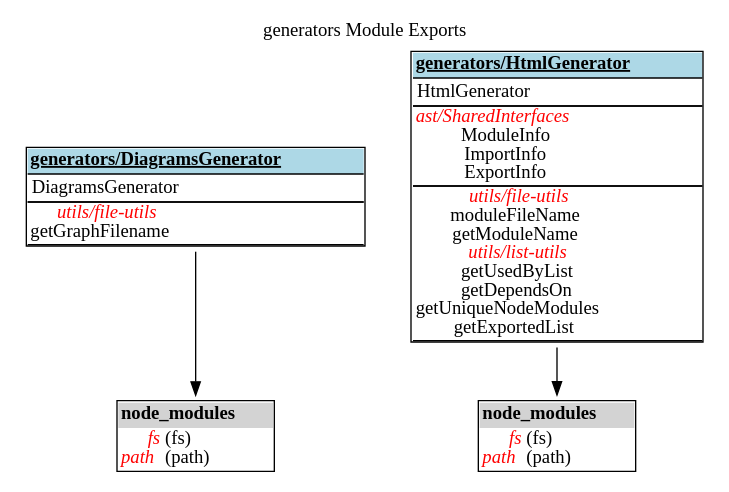
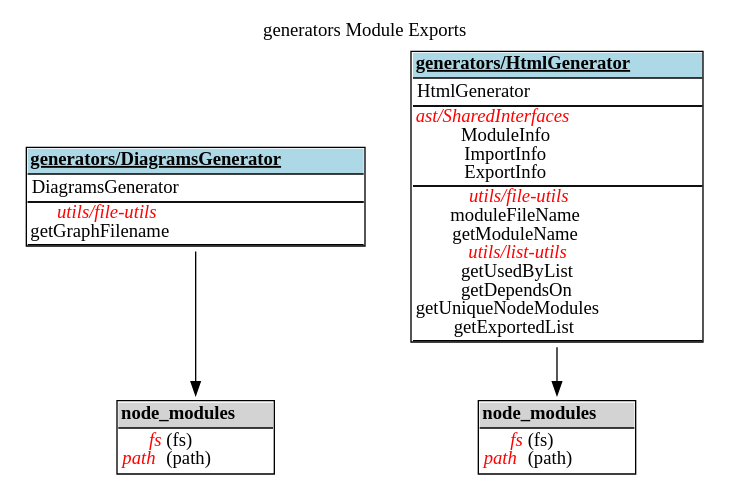
One commit to fleebe/GitHubPages changed the diagram in dep-graph-ts/generators_ExportGraph.dot. Above: the diagram before and after it, drawn with Graphviz. The commit also changed 17 other files, not shown here.

Commit message:
Update docs for dep-graph-ts from fleebe/dep-graph-ts workflow

```diff
--- a/dep-graph-ts/generators_ExportGraph.dot
+++ b/dep-graph-ts/generators_ExportGraph.dot
@@ -1,51 +1,51 @@
 digraph {label="generators Module Exports";
 labelloc="t";
 "generators/DiagramsGenerator" [shape=none, label=<<TABLE cellspacing="0" cellborder="0" align="left">
 <TR><TD bgcolor="lightblue" HREF="tsdocs\modules\generators_DiagramsGenerator.html" TARGET="_blank" align="center"><U><B>generators/DiagramsGenerator</B></U></TD></TR>
 <TR><TD BORDER="1" SIDES="TB" align="left">
 DiagramsGenerator<BR/>
 </TD></TR>
 <TR><TD BORDER="1" SIDES="TB" cellpadding="1" align="left">
 <font color="red"><I>utils/file-utils</I></font><BR/>
 getGraphFilename<BR/>
 </TD></TR>
 </TABLE>>];
 "generators/DiagramsGenerator-node_modules" [shape=none, label=<<TABLE cellspacing="0" cellborder="0" align="left">
 <TR><TD bgcolor="lightgrey" align="center"><B>node_modules</B></TD></TR>
-<TR><TD align="left">
+<TR><TD BORDER="1" SIDES="T" align="left">
 <font color="red"><I>fs</I></font> (fs)<BR/>
 <font color="red"><I>path</I></font> (path)<BR/>
 </TD></TR>
 </TABLE>>];
 "generators/DiagramsGenerator"->"generators/DiagramsGenerator-node_modules";
 "generators/HtmlGenerator" [shape=none, label=<<TABLE cellspacing="0" cellborder="0" align="left">
 <TR><TD bgcolor="lightblue" HREF="tsdocs\modules\generators_HtmlGenerator.html" TARGET="_blank" align="center"><U><B>generators/HtmlGenerator</B></U></TD></TR>
 <TR><TD BORDER="1" SIDES="TB" align="left">
 HtmlGenerator<BR/>
 </TD></TR>
 <TR><TD BORDER="1" SIDES="TB" cellpadding="1" align="left">
 <font color="red"><I>ast/SharedInterfaces</I></font><BR/>
 ModuleInfo<BR/>
 ImportInfo<BR/>
 ExportInfo<BR/>
 </TD></TR>
 <TR><TD BORDER="1" SIDES="TB" cellpadding="1" align="left">
 <font color="red"><I>utils/file-utils</I></font><BR/>
 moduleFileName<BR/>
 getModuleName<BR/>
 <font color="red"><I>utils/list-utils</I></font><BR/>
 getUsedByList<BR/>
 getDependsOn<BR/>
 getUniqueNodeModules<BR/>
 getExportedList<BR/>
 </TD></TR>
 </TABLE>>];
 "generators/HtmlGenerator-node_modules" [shape=none, label=<<TABLE cellspacing="0" cellborder="0" align="left">
 <TR><TD bgcolor="lightgrey" align="center"><B>node_modules</B></TD></TR>
-<TR><TD align="left">
+<TR><TD BORDER="1" SIDES="T" align="left">
 <font color="red"><I>fs</I></font> (fs)<BR/>
 <font color="red"><I>path</I></font> (path)<BR/>
 </TD></TR>
 </TABLE>>];
 "generators/HtmlGenerator"->"generators/HtmlGenerator-node_modules";
 }
```
